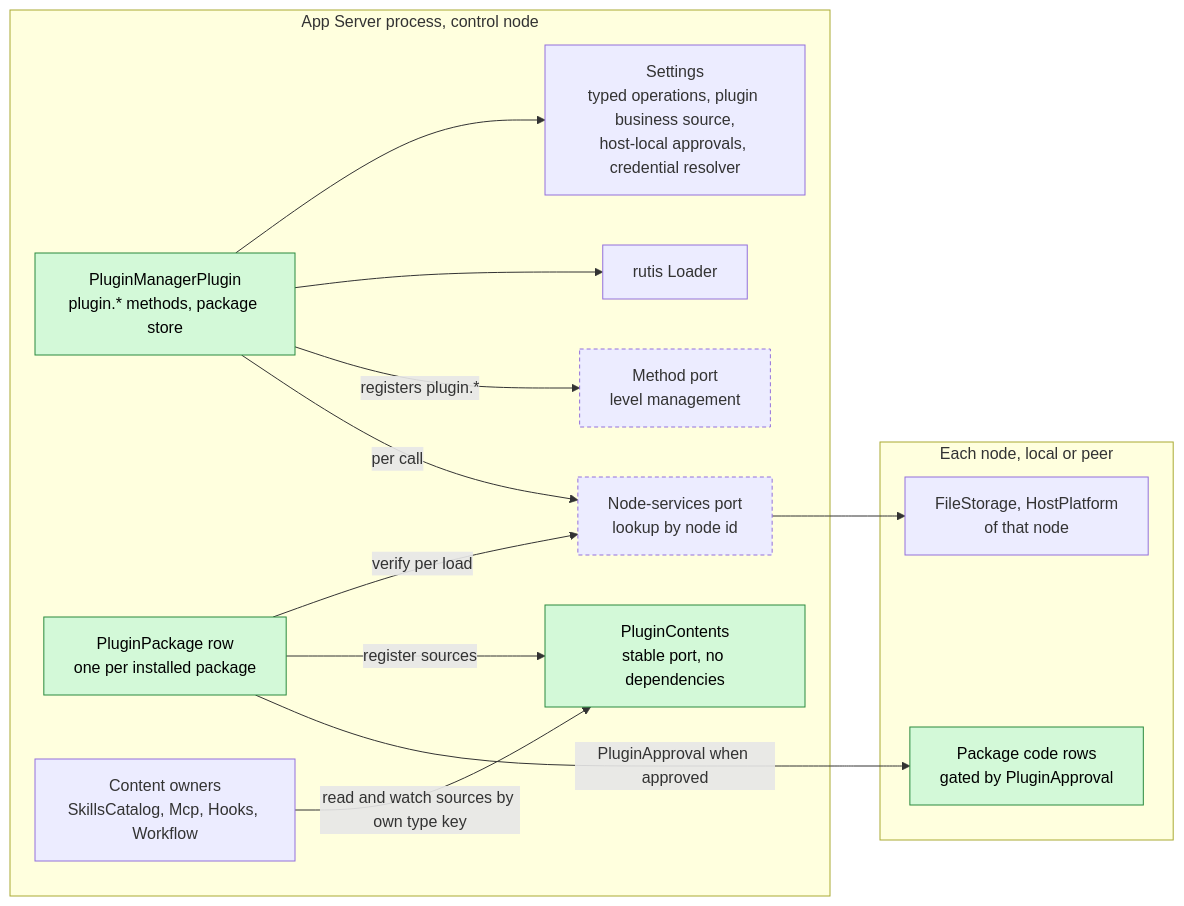
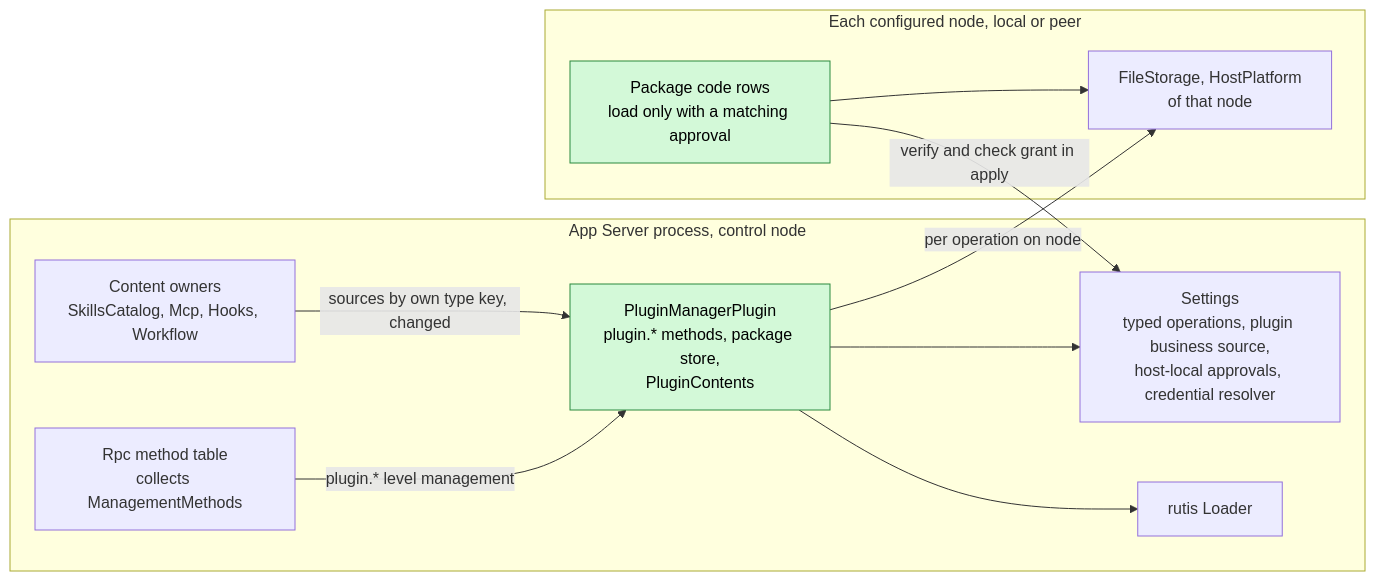
The first of 6 diagrams in docs/design/plugins/PluginManager.md (CoutinhoTTS/dim-agent), drawn with Mermaid before and after one commit. The commit also changed other lines of this file and 2 other files, not shown here.

Commit message:
docs(design): rescope Modality, PluginManager and RemoteGateway per ADR 002

````diff
--- a/docs/design/plugins/PluginManager.md
+++ b/docs/design/plugins/PluginManager.md
@@ -9,28 +9,22 @@
 ```mermaid
 flowchart LR
   subgraph CN["App Server process, control node"]
-    PM["PluginManagerPlugin<br/>plugin.* methods, package store"]:::new
-    PC["PluginContents<br/>stable port, no dependencies"]:::new
-    ROW["PluginPackage row<br/>one per installed package"]:::new
+    PM["PluginManagerPlugin<br/>plugin.* methods, package store,<br/>PluginContents"]:::new
     SET["Settings<br/>typed operations, plugin business source,<br/>host-local approvals, credential resolver"]
     LOADER["rutis Loader"]
-    MR["Method port<br/>level management"]:::contract
-    NS["Node-services port<br/>lookup by node id"]:::contract
+    RPC["Rpc method table<br/>collects ManagementMethods"]
     CONS["Content owners<br/>SkillsCatalog, Mcp, Hooks, Workflow"]
   end
-  subgraph NODE["Each node, local or peer"]
+  subgraph NODE["Each configured node, local or peer"]
     SVC["FileStorage, HostPlatform<br/>of that node"]
-    CODE["Package code rows<br/>gated by PluginApproval"]:::new
+    CODE["Package code rows<br/>load only with a matching approval"]:::new
   end
   PM --> SET
   PM --> LOADER
-  PM -->|"registers plugin.*"| MR
-  PM -->|"per call"| NS
-  ROW -->|"verify per load"| NS
-  NS --> SVC
-  ROW -->|"register sources"| PC
-  ROW -->|"PluginApproval when approved"| CODE
-  CONS -->|"read and watch sources by own type key"| PC
+  PM -->|"per operation on node"| SVC
+  RPC -->|"plugin.* level management"| PM
+  CONS -->|"sources by own type key, changed"| PM
+  CODE -->|"verify and check grant in apply"| SET
+  CODE --> SVC
   classDef new fill:#d3f9d8,stroke:#2b8a3e,color:#000
-  classDef contract stroke-dasharray:4 3
 ```
````
